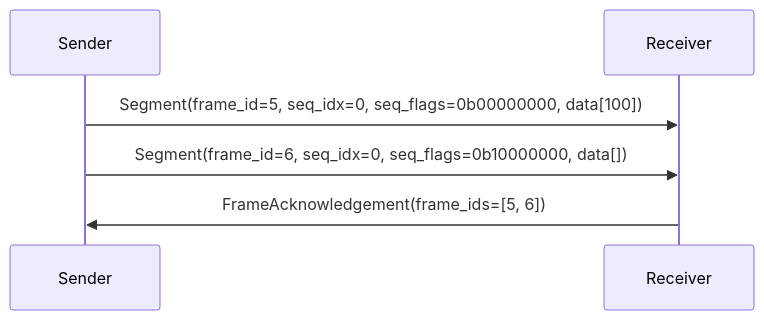
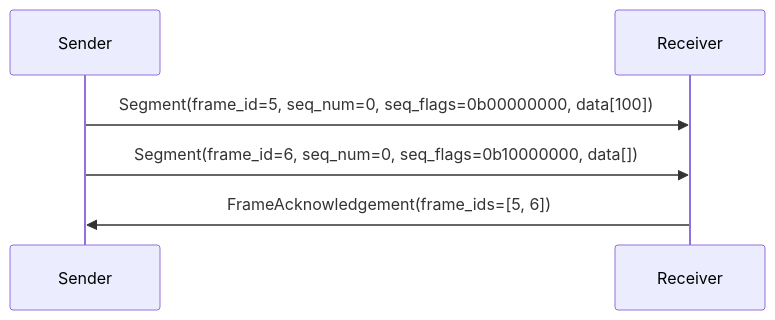
The tenth of 11 diagrams in rfcs/RFC-0007-session-protocol/0007-session-protocol.md (hoprnet/rfc), drawn with Mermaid before and after one commit. The commit also changed other lines of this file, not shown here.

Commit message:
fix(md): Clarify segment sequence flags

````diff
--- a/rfcs/RFC-0007-session-protocol/0007-session-protocol.md
+++ b/rfcs/RFC-0007-session-protocol/0007-session-protocol.md
@@ -335,9 +335,9 @@
 ```mermaid
 sequenceDiagram
     participant S as Sender
     participant R as Receiver
 
-    S->>R: Segment(frame_id=5, seq_idx=0, seq_flags=0b00000000, data[100])
-    S->>R: Segment(frame_id=6, seq_idx=0, seq_flags=0b10000000, data[])
+    S->>R: Segment(frame_id=5, seq_num=0, seq_flags=0b00000000, data[100])
+    S->>R: Segment(frame_id=6, seq_num=0, seq_flags=0b10000000, data[])
     R->>S: FrameAcknowledgement(frame_ids=[5, 6])
 ```
````
